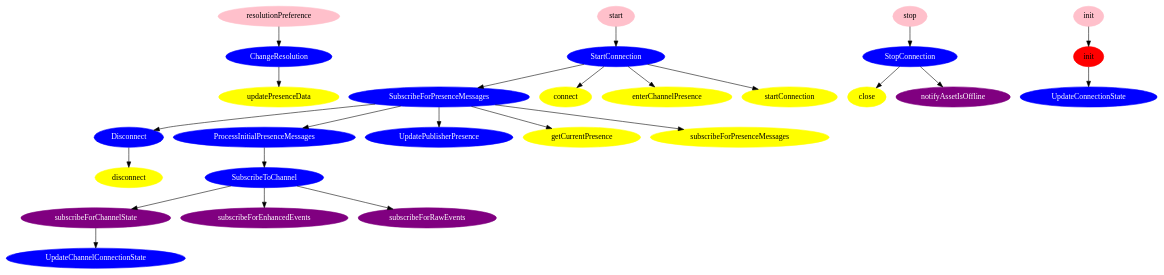
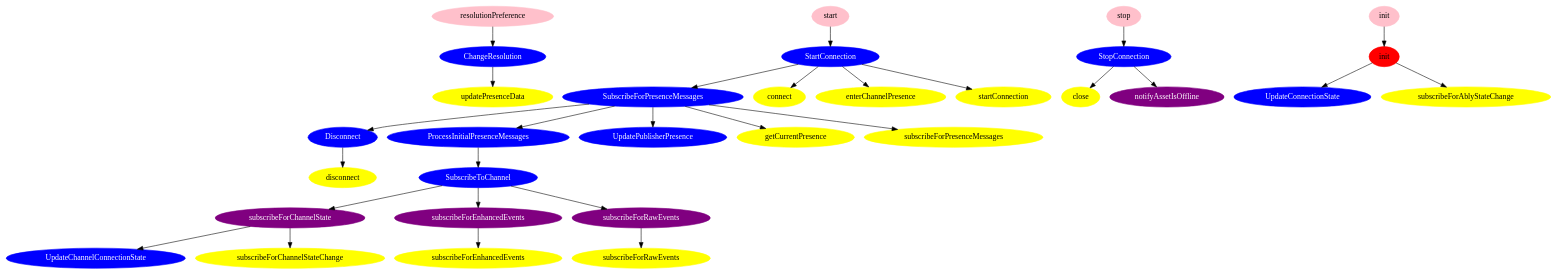
The diagram in documentation/subscriber.dot (ably/ably-asset-tracking-common), drawn with Graphviz before and after one commit. The commit also changed 1 other file, not shown here.

Commit message:
Add missing Ably wrapper method calls to graph
I should have included these in 6d5bfcc.

```diff
--- a/documentation/subscriber.dot
+++ b/documentation/subscriber.dot
@@ -1,108 +1,119 @@
 digraph {
   subgraph workers {
     label = "Workers";
     node [style=filled, color=blue, fontcolor=white];
 
     // This is a list of all of the workers in the subscriber SDK
     ChangeResolution;
     Disconnect;
     ProcessInitialPresenceMessages;
     StartConnection;
     StopConnection;
     SubscribeForPresenceMessages;
     SubscribeToChannel;
     UpdateChannelConnectionState;
     UpdateConnectionState;
     UpdatePublisherPresence;
   }
 
   subgraph ably_wrapper {
     label = "Ably wrapper";
     node [style=filled, color=yellow];
 
     close;
     connect;
     disconnect;
     enterChannelPresence;
     getCurrentPresence;
     startConnection;
     subscribeForPresenceMessages;
     updatePresenceData;
+    subscribeForAblyStateChange;
+    subscribeForChannelStateChange;
+    ably_subscribeForEnhancedEvents [label = "subscribeForEnhancedEvents"];
+    ably_subscribeForRawEvents [label = "subscribeForRawEvents"];
   }
 
   subgraph CoreSubscriber_public_methods {
     label = "CoreSubscriber public methods";
     node [style=filled, color=red];
 
     CoreSubscriber_init [label = "init"];
   }
 
   subgraph DefaultSubscriber_public_methods {
     label = "DefaultSubscriber public methods";
     node [style=filled, color=pink];
 
     DefaultSubscriber_init [label = "init"];
     start;
     resolutionPreference;
     stop;
   }
 
   subgraph CoreSubscriber_SubscriberInteractor {
     label = "CoreSubscriber’s implementation of SubscriberInteractor"
     node [style=filled, color=purple, fontcolor=white];
 
     notifyAssetIsOffline;
     subscribeForChannelState;
     subscribeForEnhancedEvents;
     subscribeForRawEvents;
   }
 
   // Workers posted by workers
 
   ProcessInitialPresenceMessages -> SubscribeToChannel;
 
   StartConnection -> SubscribeForPresenceMessages;
 
   SubscribeForPresenceMessages -> Disconnect;
   SubscribeForPresenceMessages -> ProcessInitialPresenceMessages;
   SubscribeForPresenceMessages -> UpdatePublisherPresence;
 
   // Ably wrapper methods called by workers
 
   ChangeResolution -> updatePresenceData;
 
   Disconnect -> disconnect;
 
   StartConnection -> connect;
   StartConnection -> enterChannelPresence;
   StartConnection -> startConnection;
 
   StopConnection -> close;
 
   SubscribeForPresenceMessages -> getCurrentPresence;
   SubscribeForPresenceMessages -> subscribeForPresenceMessages;
 
   // SubscriberInteractor methods called by workers
 
   StopConnection -> notifyAssetIsOffline;
 
   SubscribeToChannel -> subscribeForChannelState;
   SubscribeToChannel -> subscribeForEnhancedEvents;
   SubscribeToChannel -> subscribeForRawEvents;
 
   // CoreSubscriber enqueued workers
 
   CoreSubscriber_init -> UpdateConnectionState
 
   subscribeForChannelState -> UpdateChannelConnectionState
 
   // DefaultSubscriber called methods
 
   DefaultSubscriber_init -> CoreSubscriber_init;
 
   // DefaultSubscriber enqueued workers (by calling core.enqueue)
 
   start -> StartConnection;
   resolutionPreference -> ChangeResolution;
   stop -> StopConnection;
+
+  // Ably wrapper methods called by CoreSubscriber
+
+  CoreSubscriber_init -> subscribeForAblyStateChange;
+  subscribeForChannelState -> subscribeForChannelStateChange;
+  subscribeForEnhancedEvents -> ably_subscribeForEnhancedEvents;
+  subscribeForRawEvents -> ably_subscribeForRawEvents;
 }
```
